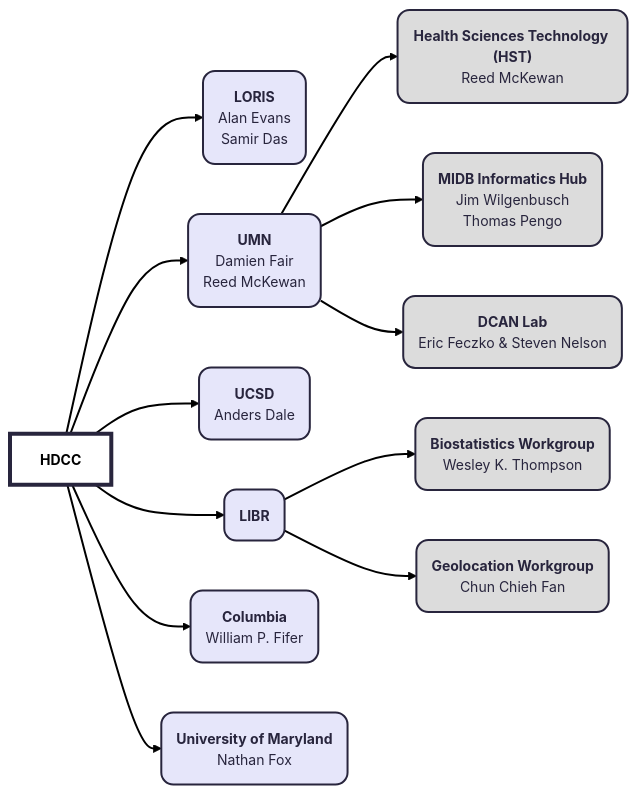
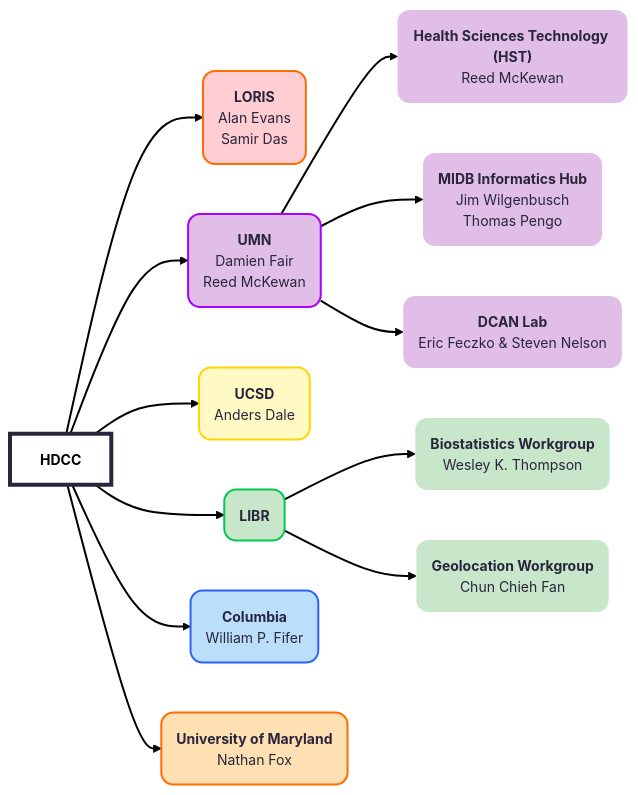
One commit to DCAN-Labs/hbcd-docs-internal changed the first of 2 diagrams in docs/orgcharts.md. Above: the diagram before and after it, drawn with Mermaid. The commit also changed 1 other file, not shown here.

Commit message:
return to working state

````diff
--- a/docs/orgcharts.md
+++ b/docs/orgcharts.md
@@ -7,41 +8,41 @@
 ```mermaid
 ---
 config:
   theme: redux
   layout: dagre
 ---
 flowchart LR
     A["<strong>HDCC</strong>"] --> E["<b>LORIS</b><br>Alan Evans<br>Samir Das"] & F["<b>UMN</b><br>Damien Fair<br>Reed McKewan"] & G["<b>UCSD</b><br>Anders Dale"] & H["<b>LIBR</b><br>"] & n1["<b>Columbia</b><br>William P. Fifer"] & n16["<b>University of Maryland</b><br>Nathan Fox"]
     F --> n6["<b>Health Sciences Technology (HST)</b><br>Reed McKewan"] & n7["<b>MIDB Informatics Hub</b><br>Jim Wilgenbusch<br>Thomas Pengo"] & n8["<b>DCAN Lab</b><br>Eric Feczko &amp; Steven Nelson"]
     H --> n14["<b>Biostatistics Workgroup</b><br>Wesley K. Thompson"] & n15["<b>Geolocation Workgroup</b><br>Chun Chieh Fan"]
     A@{ shape: rect}
     E@{ shape: rounded}
     F@{ shape: rounded}
     G@{ shape: rounded}
     H@{ shape: rounded}
     n1@{ shape: rounded}
     n16@{ shape: rounded}
     n6@{ shape: rounded}
     n7@{ shape: rounded}
     n8@{ shape: rounded}
     n14@{ shape: rounded}
     n15@{ shape: rounded}
     style A fill:transparent,color:#000000,stroke-width:4px,stroke-dasharray: 0
-    style E fill:#e6e6fa
-    style F fill:#e6e6fa
-    style G fill:#e6e6fa
-    style H fill:#e6e6fa
-    style n1 fill:#e6e6fa
-    style n16 fill:#e6e6fa
-    style n6 fill:#dcdcdc
-    style n7 fill:#dcdcdc
-    style n8 fill:#dcdcdc
-    style n14 fill:#dcdcdc
-    style n15 fill:#dcdcdc
+    style E fill:#FFCDD2,stroke:#FF6D00
+    style F fill:#E1BEE7,stroke:#AA00FF
+    style G fill:#FFF9C4,stroke:#FFD600
+    style H fill:#C8E6C9,stroke:#00C853
+    style n1 fill:#BBDEFB,stroke:#2962FF
+    style n16 fill:#FFE0B2,stroke:#FF6D00
+    style n6 fill:#E1BEE7,stroke:none
+    style n7 fill:#E1BEE7,stroke:none
+    style n8 fill:#E1BEE7,stroke:none
+    style n14 fill:#C8E6C9,stroke:none
+    style n15 fill:#C8E6C9,stroke:none
     click E "#loris"
     click F "#university-of-minnesota-umn"
     click G "#ucsd"
     click H "#libr"
     click n1 "#columbia"
     click n16 "#university-of-maryland"
 ```
````
